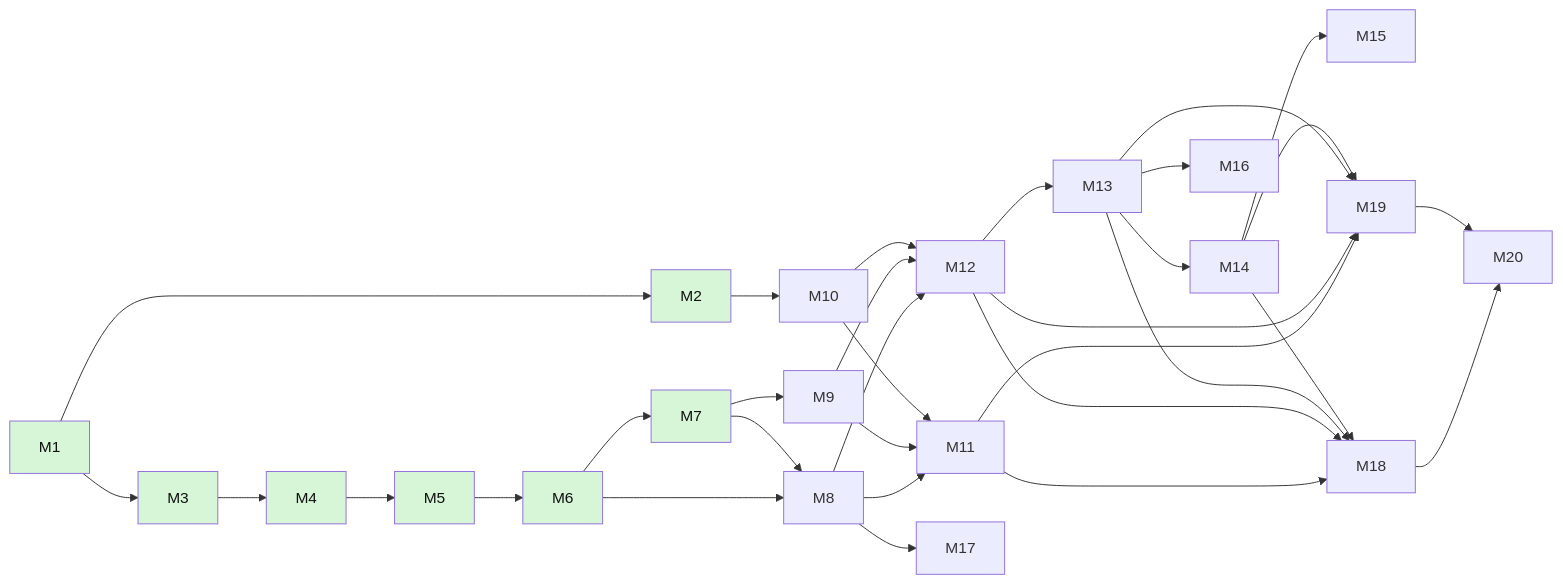
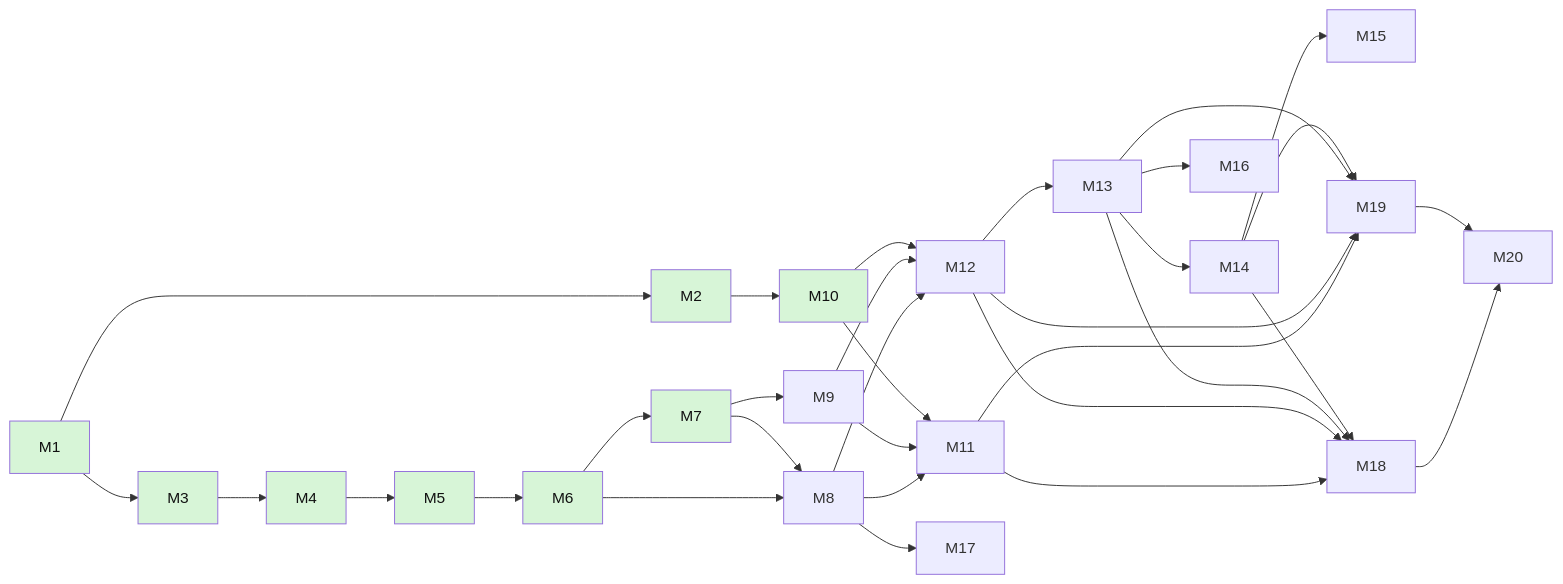
The second of 2 diagrams in docs/milestones.md (lakhaniyash/Smartsense-marketplace), drawn with Mermaid before and after one commit. The commit also changed other lines of this file and 135 other files, not shown here.

````diff
--- a/docs/milestones.md
+++ b/docs/milestones.md
@@ -101,23 +101,24 @@
 ```mermaid
 flowchart LR
     M1 --> M2 & M3
     M3 --> M4 --> M5 --> M6 --> M7
     M6 & M7 --> M8
     M7 --> M9
     M2 --> M10
     M8 & M9 & M10 --> M11 & M12
     M12 --> M13 --> M14
     M14 --> M15
     M13 --> M16
     M8 --> M17
     M11 & M12 & M13 & M14 --> M18 & M19
     M18 & M19 --> M20
 
     style M1 fill:#d7f5d7,color:#111
     style M2 fill:#d7f5d7,color:#111
     style M3 fill:#d7f5d7,color:#111
     style M4 fill:#d7f5d7,color:#111
     style M5 fill:#d7f5d7,color:#111
     style M6 fill:#d7f5d7,color:#111
     style M7 fill:#d7f5d7,color:#111
+    style M10 fill:#d7f5d7,color:#111
 ```
````
